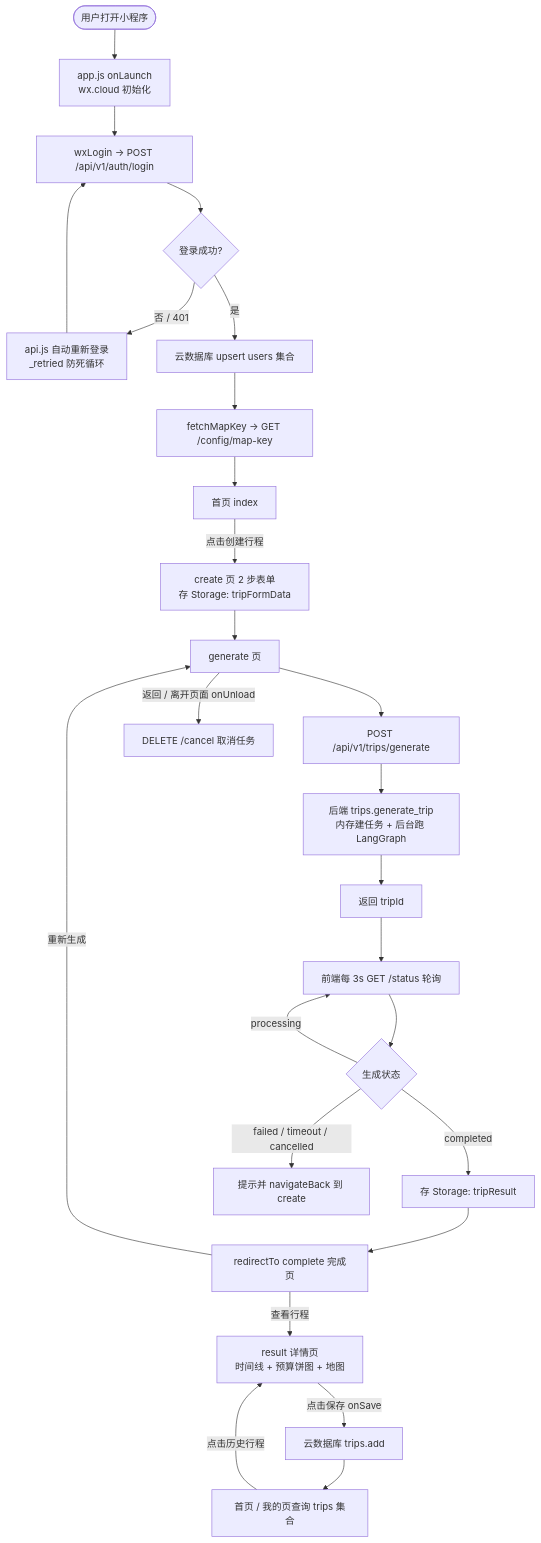
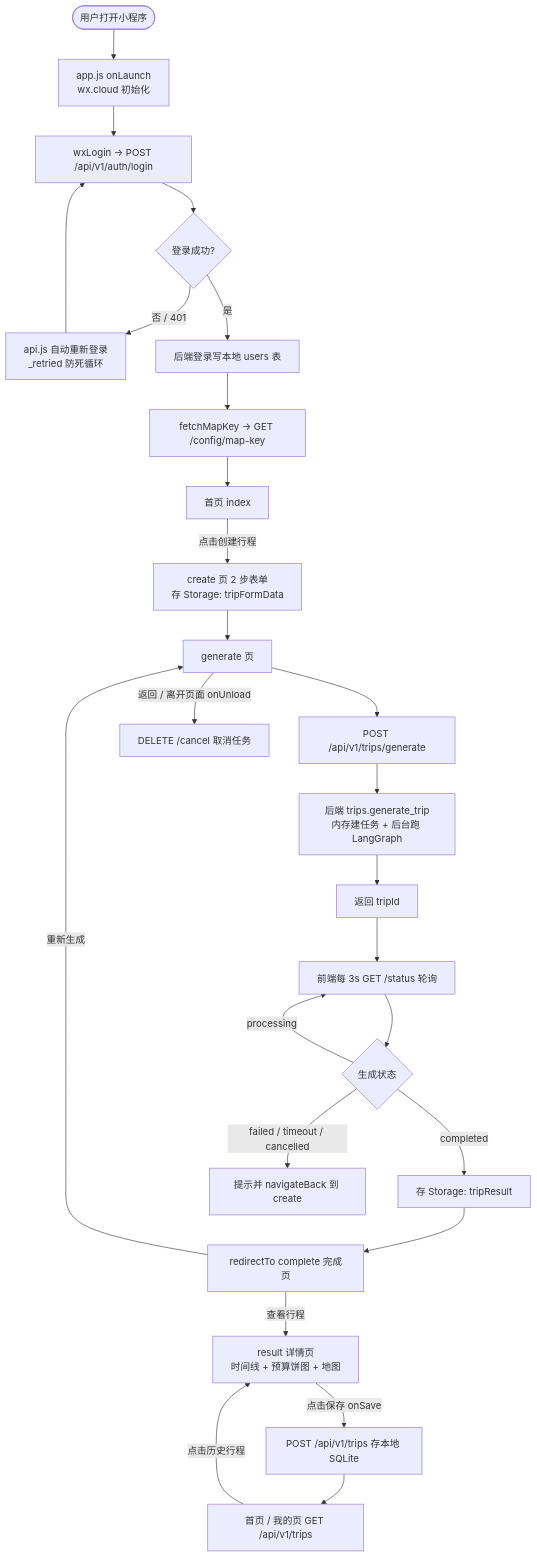
One commit to rz-123/path-planning-AI changed the first of 3 diagrams in README.md. Above: the diagram before and after it, drawn with Mermaid. The commit also changed other lines of this file and 13 other files, not shown here.

````diff
--- a/README.md
+++ b/README.md
@@ -42,30 +43,30 @@
 ```mermaid
 flowchart TD
     A([用户打开小程序]) --> B["app.js onLaunch<br/>wx.cloud 初始化"]
     B --> C["wxLogin → POST /api/v1/auth/login"]
     C --> D{登录成功?}
     D -- 否 / 401 --> E["api.js 自动重新登录<br/>_retried 防死循环"]
     E --> C
-    D -- 是 --> F["云数据库 upsert users 集合"]
+    D -- 是 --> F["后端登录写本地 users 表"]
     F --> G["fetchMapKey → GET /config/map-key"]
     G --> H[首页 index]
 
     H -->|"点击创建行程"| I["create 页 2 步表单<br/>存 Storage: tripFormData"]
     I --> J["generate 页"]
     J --> K["POST /api/v1/trips/generate"]
     K --> L["后端 trips.generate_trip<br/>内存建任务 + 后台跑 LangGraph"]
     L --> M["返回 tripId"]
     M --> N["前端每 3s GET /status 轮询"]
     N --> O{生成状态}
     O -- processing --> N
     O -- completed --> P["存 Storage: tripResult"]
     P --> Q["redirectTo complete 完成页"]
     Q -->|"查看行程"| R["result 详情页<br/>时间线 + 预算饼图 + 地图"]
     Q -->|"重新生成"| J
-    R -->|"点击保存 onSave"| S["云数据库 trips.add"]
-    S --> T["首页 / 我的页查询 trips 集合"]
+    R -->|"点击保存 onSave"| S["POST /api/v1/trips 存本地 SQLite"]
+    S --> T["首页 / 我的页 GET /api/v1/trips"]
     T -->|"点击历史行程"| R
 
     O -- failed / timeout / cancelled --> U["提示并 navigateBack 到 create"]
     J -->|"返回 / 离开页面 onUnload"| V["DELETE /cancel 取消任务"]
 ```
````
